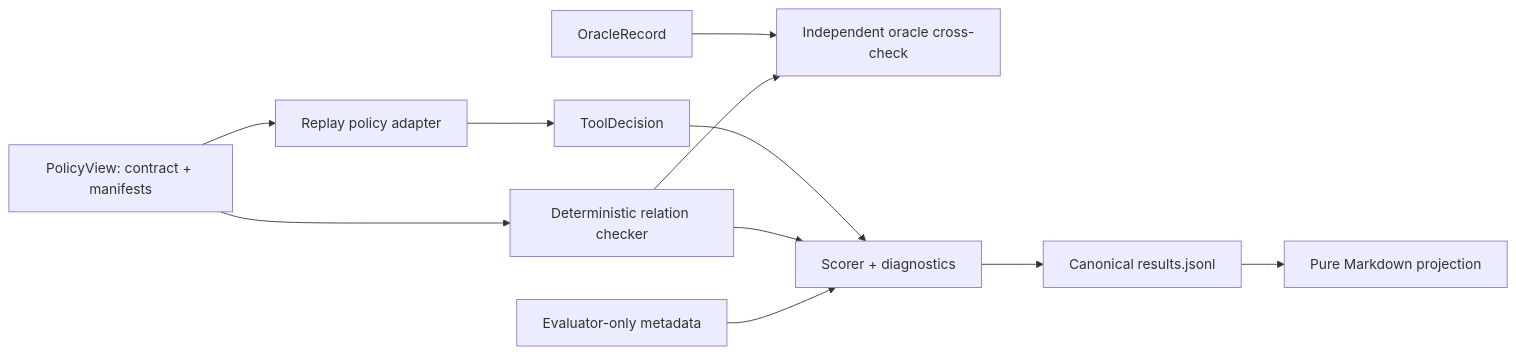
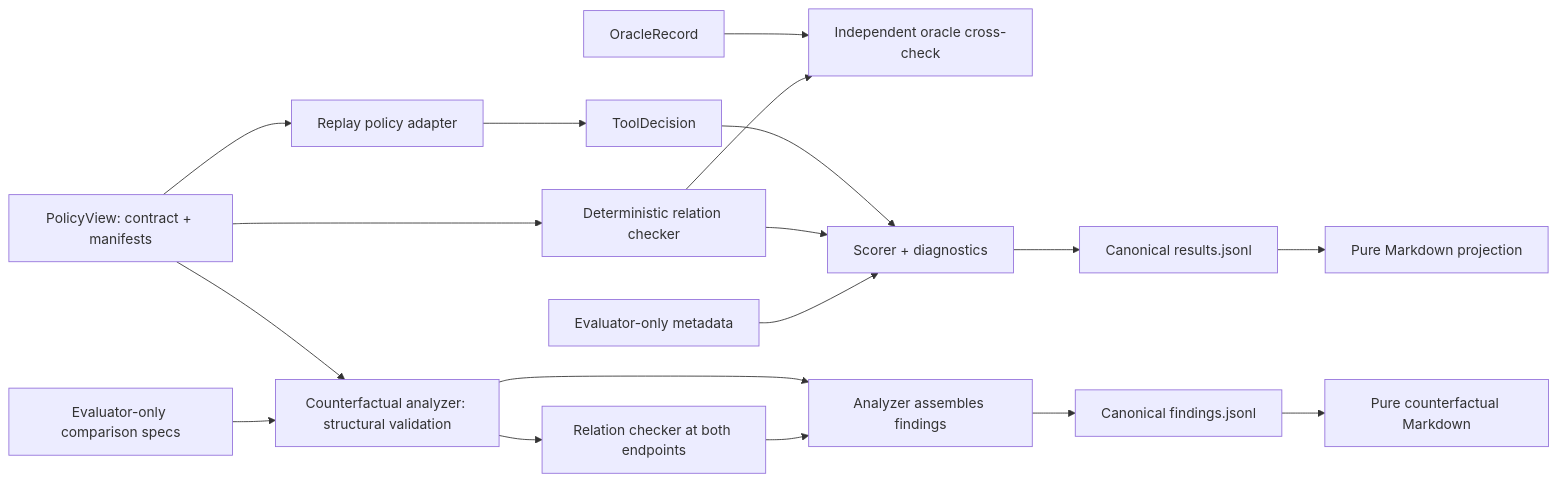
Before and after one commit to eriksrice/tool-choice-contract-trial: the diagram in README.md, drawn with Mermaid. The commit also changed other lines of this file and 27 other files, not shown here.

````diff
--- a/README.md
+++ b/README.md
@@ -17,16 +17,24 @@
 ```mermaid
 flowchart LR
     V["PolicyView: contract + manifests"] --> P["Replay policy adapter"]
     P --> D["ToolDecision"]
 
     V --> C["Deterministic relation checker"]
     O["OracleRecord"] --> X["Independent oracle cross-check"]
     C --> X
 
     D --> S["Scorer + diagnostics"]
     C --> S
     M["Evaluator-only metadata"] --> S
 
     S --> J["Canonical results.jsonl"]
     J --> R["Pure Markdown projection"]
+
+    V --> A["Counterfactual analyzer: structural validation"]
+    Q["Evaluator-only comparison specs"] --> A
+    A --> E["Relation checker at both endpoints"]
+    A --> B["Analyzer assembles findings"]
+    E --> B
+    B --> F["Canonical findings.jsonl"]
+    F --> G["Pure counterfactual Markdown"]
 ```
````
